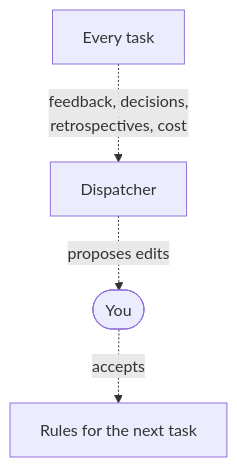
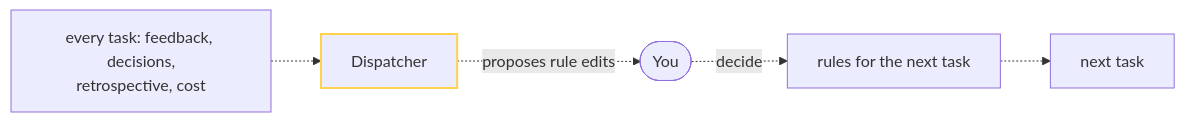
The second of 2 diagrams in README.md (andreiciobotar/isshoni), drawn with Mermaid before and after one commit. The commit also changed other lines of this file and 2 other files, not shown here.

First line of the commit message:
README: rough comparison of two diagram options (Mermaid LR, hand-written SVG wide and narrow)

````diff
--- a/README.md
+++ b/README.md
@@ -97,6 +94,9 @@
 ```mermaid
-flowchart TD
-    tasks[Every task] -. feedback, decisions,<br>retrospectives, cost .-> disp[Dispatcher]
-    disp -. proposes edits .-> you([You])
-    you -. accepts .-> rules[Rules for the next task]
+flowchart LR
+    tasks[every task: feedback, decisions,<br>retrospective, cost] -.-> disp[Dispatcher]
+    disp -. proposes rule edits .-> you([You])
+    you -. decide .-> rules[rules for the next task]
+    rules -.-> next[next task]
+    classDef yellow stroke:#FFD34E,stroke-width:2px
+    class disp yellow
 ```
````
